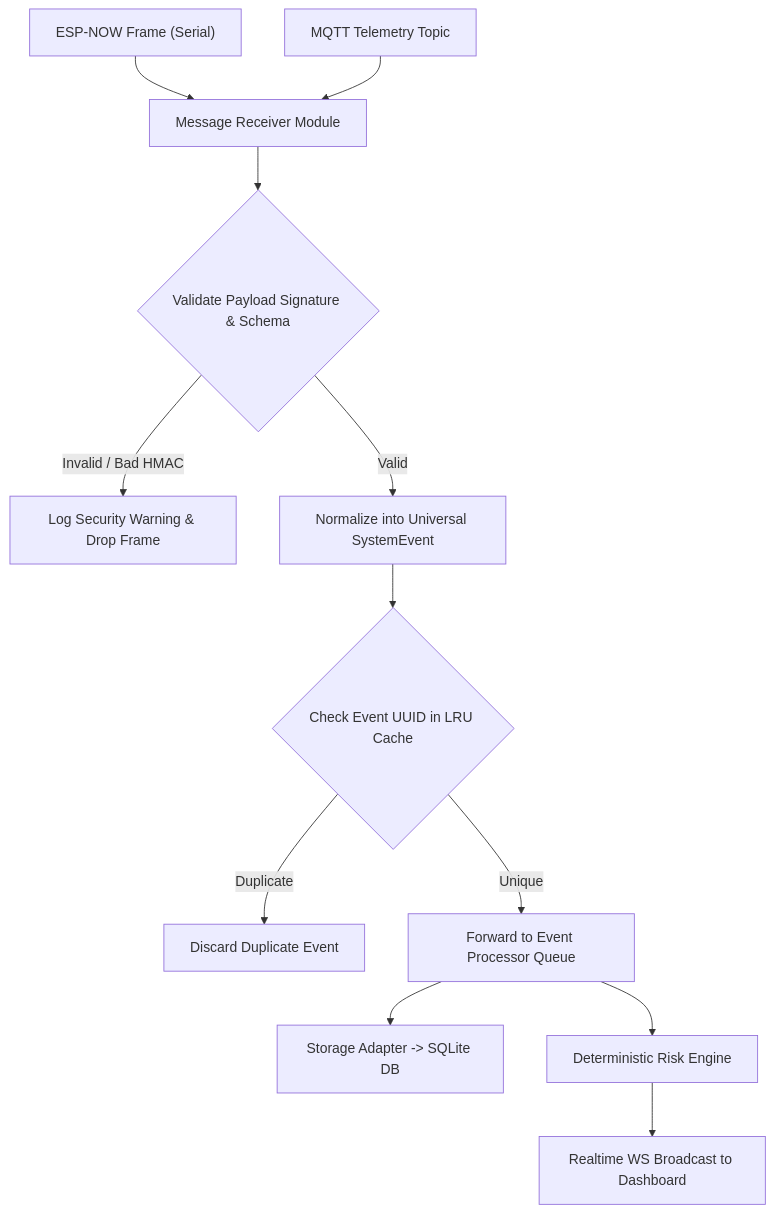
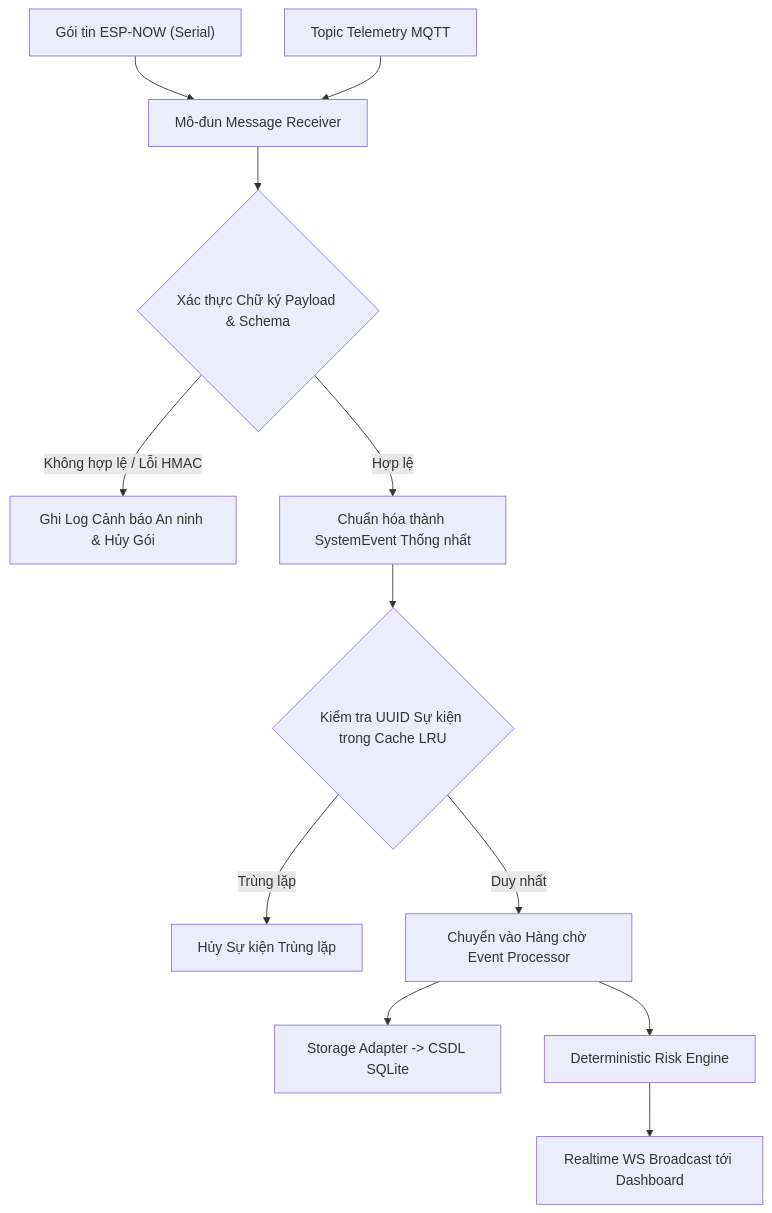
Before and after one commit to Eddy-hoang/SAM: the diagram in docs/10-edge-gateway.md, drawn with Mermaid. The commit also changed other lines of this file and 34 other files, not shown here.

````diff
--- a/docs/10-edge-gateway.md
+++ b/docs/10-edge-gateway.md
@@ -31,17 +31,17 @@
 ```mermaid
 graph TD
-    IN1["ESP-NOW Frame (Serial)"] --> RX["Message Receiver Module"]
-    IN2["MQTT Telemetry Topic"] --> RX
+    IN1["Gói tin ESP-NOW (Serial)"] --> RX["Mô-đun Message Receiver"]
+    IN2["Topic Telemetry MQTT"] --> RX
     
-    RX --> VAL{"Validate Payload Signature & Schema"}
-    VAL -- Invalid / Bad HMAC --> DROP["Log Security Warning & Drop Frame"]
-    VAL -- Valid --> NORM["Normalize into Universal SystemEvent"]
+    RX --> VAL{"Xác thực Chữ ký Payload & Schema"}
+    VAL -- Không hợp lệ / Lỗi HMAC --> DROP["Ghi Log Cảnh báo An ninh & Hủy Gói"]
+    VAL -- Hợp lệ --> NORM["Chuẩn hóa thành SystemEvent Thống nhất"]
     
-    NORM --> DEDUP{"Check Event UUID in LRU Cache"}
-    DEDUP -- Duplicate --> DISCARD["Discard Duplicate Event"]
-    DEDUP -- Unique --> PROC["Forward to Event Processor Queue"]
+    NORM --> DEDUP{"Kiểm tra UUID Sự kiện trong Cache LRU"}
+    DEDUP -- Trùng lặp --> DISCARD["Hủy Sự kiện Trùng lặp"]
+    DEDUP -- Duy nhất --> PROC["Chuyển vào Hàng chờ Event Processor"]
     
-    PROC --> PERSIST["Storage Adapter -> SQLite DB"]
+    PROC --> PERSIST["Storage Adapter -> CSDL SQLite"]
     PROC --> RISK["Deterministic Risk Engine"]
-    RISK --> WS["Realtime WS Broadcast to Dashboard"]
+    RISK --> WS["Realtime WS Broadcast tới Dashboard"]
 ```
````
